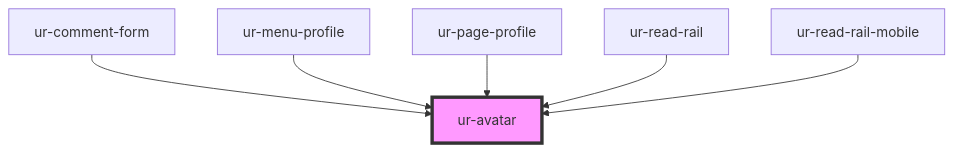
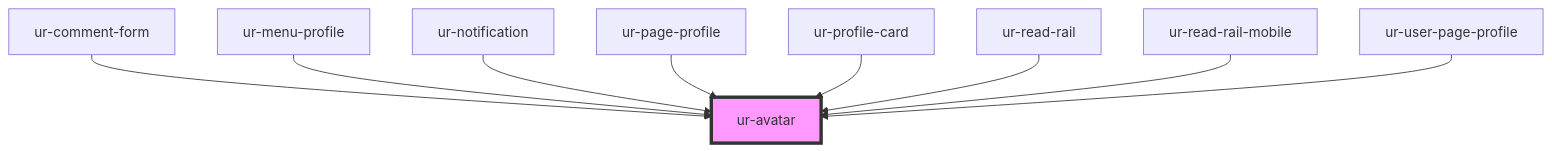
One commit to hellish/urnovl-web-components changed the diagram in src/components/ur-avatar/readme.md. Above: the diagram before and after it, drawn with Mermaid. The commit also changed other lines of this file and 47 other files, not shown here.

````diff
--- a/src/components/ur-avatar/readme.md
+++ b/src/components/ur-avatar/readme.md
@@ -30,9 +33,12 @@
 ```mermaid
 graph TD;
   ur-comment-form --> ur-avatar
   ur-menu-profile --> ur-avatar
+  ur-notification --> ur-avatar
   ur-page-profile --> ur-avatar
+  ur-profile-card --> ur-avatar
   ur-read-rail --> ur-avatar
   ur-read-rail-mobile --> ur-avatar
+  ur-user-page-profile --> ur-avatar
   style ur-avatar fill:#f9f,stroke:#333,stroke-width:4px
 ```
````
